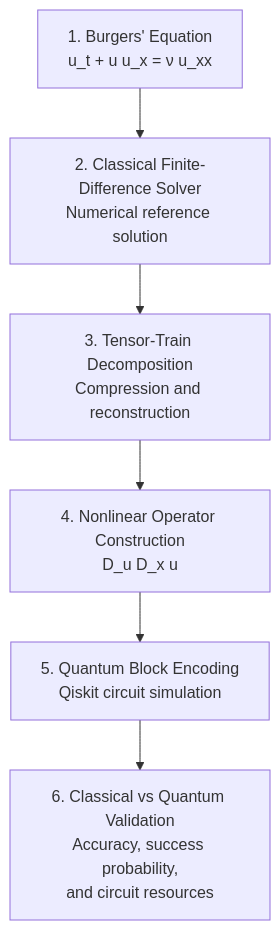
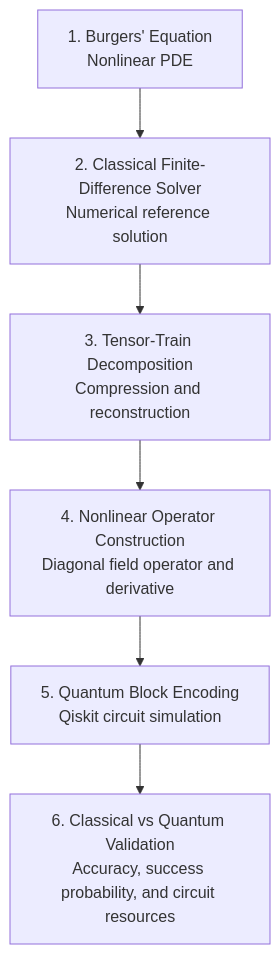
One commit to sukesh-0819/hybrid-tensor-network-qcfd changed the diagram in README.md. Above: the diagram before and after it, drawn with Mermaid. The commit also changed other lines of this file, not shown here.

````diff
--- a/README.md
+++ b/README.md
@@ -216,11 +224,15 @@
 ```mermaid
 flowchart TD
-    A["1. Burgers' Equation<br/>u_t + u u_x = ν u_xx"]
+    A["1. Burgers' Equation<br/>Nonlinear PDE"]
     B["2. Classical Finite-Difference Solver<br/>Numerical reference solution"]
     C["3. Tensor-Train Decomposition<br/>Compression and reconstruction"]
-    D["4. Nonlinear Operator Construction<br/>D_u D_x u"]
+    D["4. Nonlinear Operator Construction<br/>Diagonal field operator and derivative"]
     E["5. Quantum Block Encoding<br/>Qiskit circuit simulation"]
-    F["6. Classical vs Quantum Validation<br/>Accuracy, success probability,<br/>and circuit resources"]
+    F["6. Classical vs Quantum Validation<br/>Accuracy, success probability, and circuit resources"]
 
-    A --> B --> C --> D --> E --> F
+    A --> B
+    B --> C
+    C --> D
+    D --> E
+    E --> F
 ```
````
